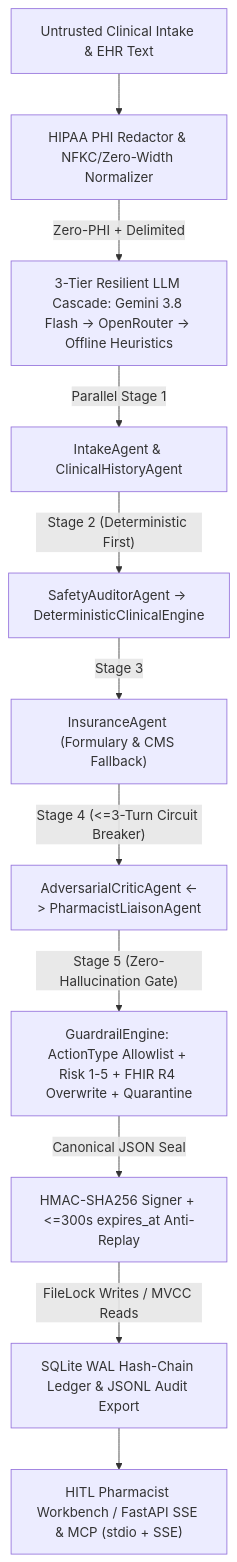
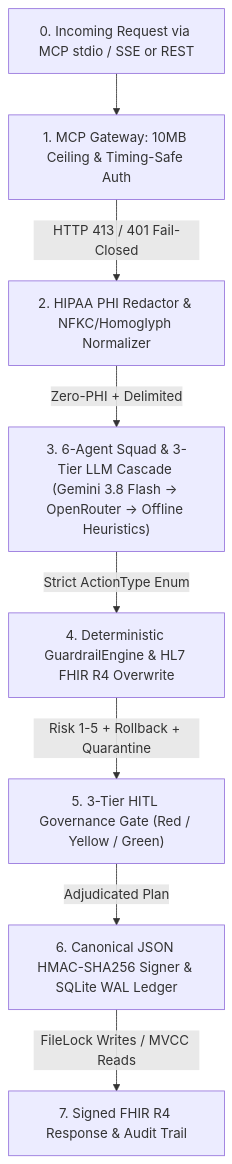
One commit to jayzamindar/smartrx-safety-agents changed the first of 2 diagrams in README.md. Above: the diagram before and after it, drawn with Mermaid. The commit also changed other lines of this file and 2 other files, not shown here.

Commit message:
docs: upgrade README and ARCHITECTURE to enterprise production manual

````diff
--- a/README.md
+++ b/README.md
@@ -41,13 +45,10 @@
 ```mermaid
 flowchart TD
-    In["Untrusted Clinical Intake & EHR Text"] --> Redact["HIPAA PHI Redactor & NFKC/Zero-Width Normalizer"]
-    Redact -->|"Zero-PHI + Delimited"| Cascade["3-Tier Resilient LLM Cascade: Gemini 3.8 Flash -> OpenRouter -> Offline Heuristics"]
-    Cascade -->|"Parallel Stage 1"| Squad1["IntakeAgent & ClinicalHistoryAgent"]
-    Squad1 -->|"Stage 2 (Deterministic First)"| Safety["SafetyAuditorAgent -> DeterministicClinicalEngine"]
-    Safety -->|"Stage 3"| Ins["InsuranceAgent (Formulary & CMS Fallback)"]
-    Ins -->|"Stage 4 (<=3-Turn Circuit Breaker)"| Critic["AdversarialCriticAgent <-> PharmacistLiaisonAgent"]
-    Critic -->|"Stage 5 (Zero-Hallucination Gate)"| Guard["GuardrailEngine: ActionType Allowlist + Risk 1-5 + FHIR R4 Overwrite + Quarantine"]
-    Guard -->|"Canonical JSON Seal"| HMAC["HMAC-SHA256 Signer + <=300s expires_at Anti-Replay"]
-    HMAC -->|"FileLock Writes / MVCC Reads"| Ledger["SQLite WAL Hash-Chain Ledger & JSONL Audit Export"]
-    Ledger --> Out["HITL Pharmacist Workbench / FastAPI SSE & MCP (stdio + SSE)"]
+    S0["0. Incoming Request via MCP stdio / SSE or REST"] --> S1["1. MCP Gateway: 10MB Ceiling & Timing-Safe Auth"]
+    S1 -->|"HTTP 413 / 401 Fail-Closed"| S2["2. HIPAA PHI Redactor & NFKC/Homoglyph Normalizer"]
+    S2 -->|"Zero-PHI + Delimited"| S3["3. 6-Agent Squad & 3-Tier LLM Cascade (Gemini 3.8 Flash -> OpenRouter -> Offline Heuristics)"]
+    S3 -->|"Strict ActionType Enum"| S4["4. Deterministic GuardrailEngine & HL7 FHIR R4 Overwrite"]
+    S4 -->|"Risk 1-5 + Rollback + Quarantine"| S5["5. 3-Tier HITL Governance Gate (Red / Yellow / Green)"]
+    S5 -->|"Adjudicated Plan"| S6["6. Canonical JSON HMAC-SHA256 Signer & SQLite WAL Ledger"]
+    S6 -->|"FileLock Writes / MVCC Reads"| S7["7. Signed FHIR R4 Response & Audit Trail"]
 ```
````
